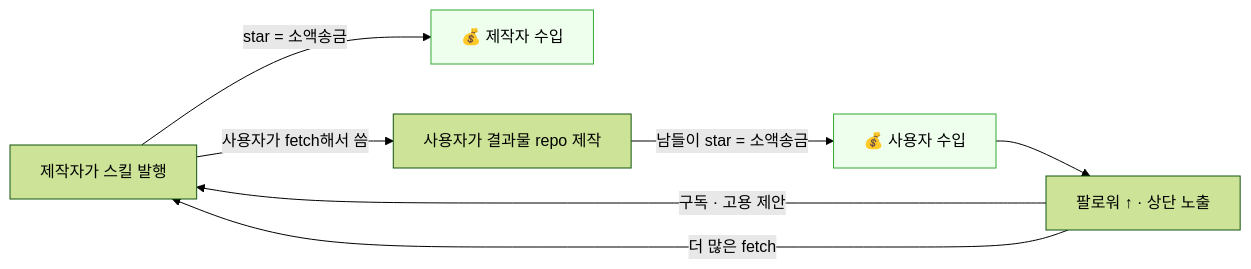
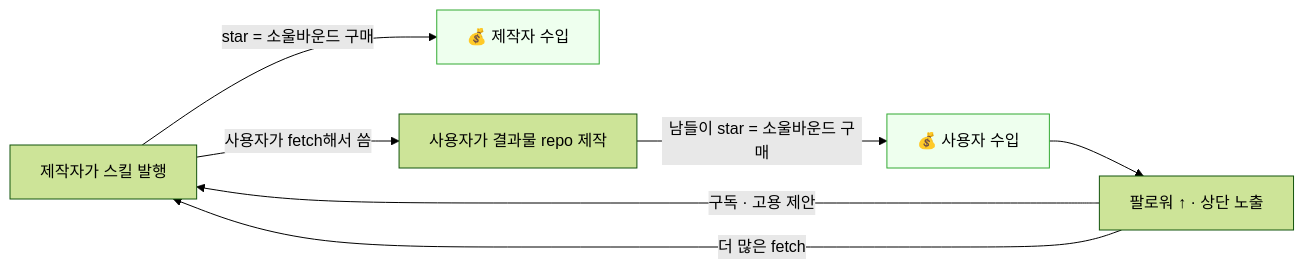
The ninth of 9 diagrams in aboutkr.md (IQCoreTeam/AgentNet), drawn with Mermaid (forest theme) before and after one commit. The commit also changed other lines of this file and 3 other files, not shown here.

````diff
--- a/aboutkr.md
+++ b/aboutkr.md
@@ -329,11 +330,11 @@
 ```mermaid
 flowchart LR
-    A[제작자가 스킬 발행] -->|star = 소액송금| B[💰 제작자 수입]
+    A[제작자가 스킬 발행] -->|star = 소울바운드 구매| B[💰 제작자 수입]
     A -->|사용자가 fetch해서 씀| C[사용자가 결과물 repo 제작]
-    C -->|남들이 star = 소액송금| D[💰 사용자 수입]
+    C -->|남들이 star = 소울바운드 구매| D[💰 사용자 수입]
     D --> E[팔로워 ↑ · 상단 노출]
     E -->|구독 · 고용 제안| A
     E -->|더 많은 fetch| A
     style B fill:#efe,stroke:#3a3
     style D fill:#efe,stroke:#3a3
 ```
````
